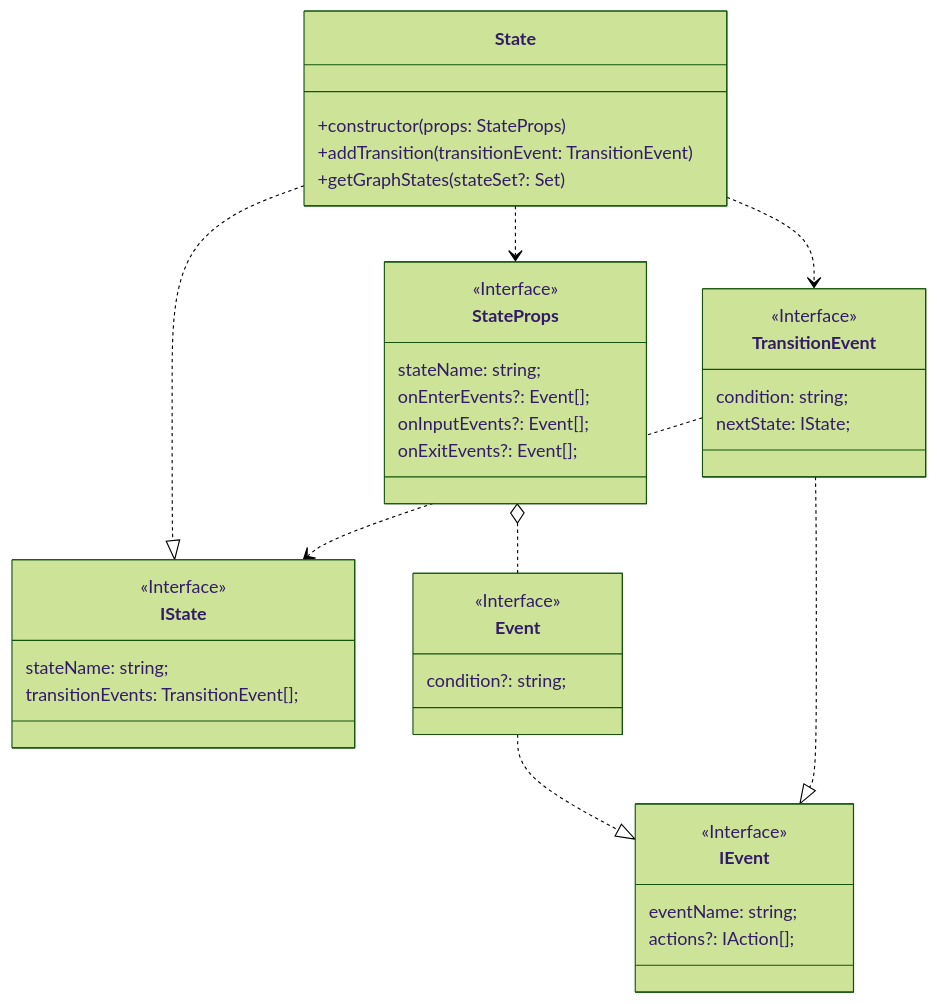
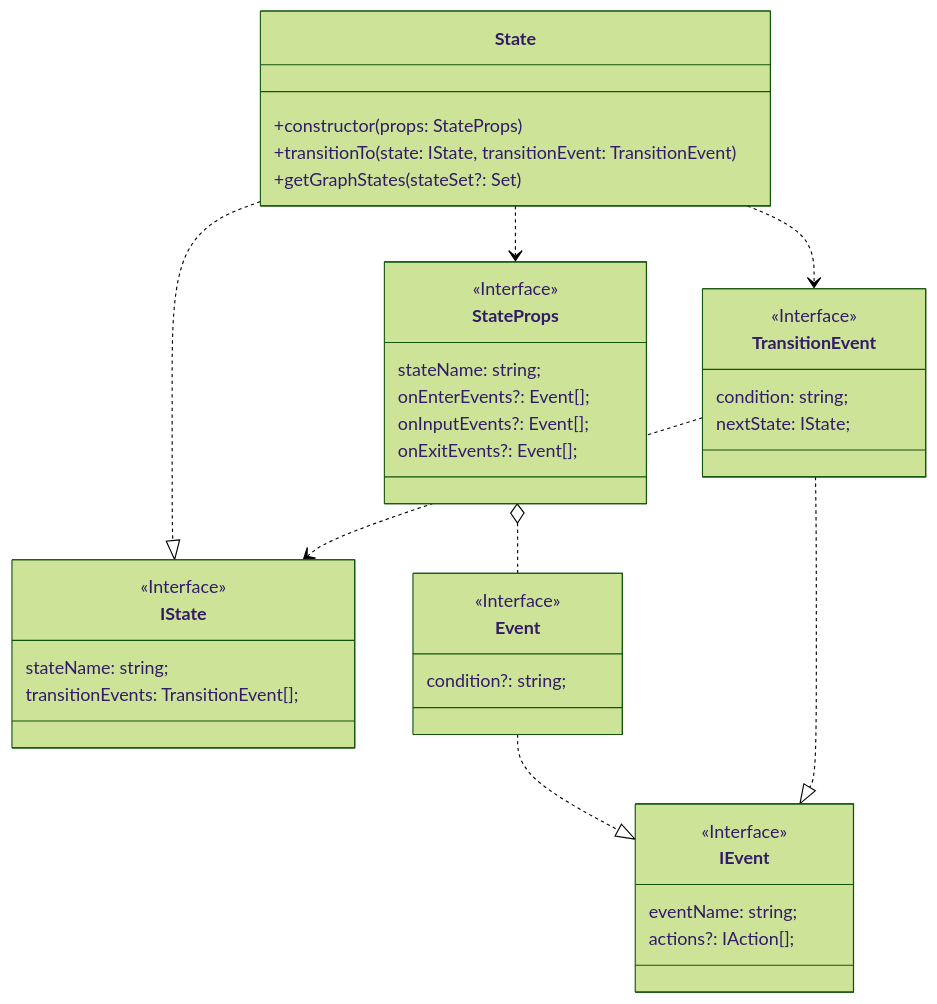
One commit to yamatatsu/zenn-contents changed the third of 3 diagrams in articles/2021-11-25-aws-cdk-iotevents-l2.md. Above: the diagram before and after it, drawn with Mermaid (forest theme). The commit also changed other lines of this file, not shown here.

````diff
--- a/articles/2021-11-25-aws-cdk-iotevents-l2.md
+++ b/articles/2021-11-25-aws-cdk-iotevents-l2.md
@@ -64,42 +64,42 @@
 ```mermaid
 classDiagram
   State ..> StateProps
   State ..> TransitionEvent
   State ..|> IState
   StateProps o.. Event
   TransitionEvent ..> IState
   Event ..|> IEvent
   TransitionEvent ..|> IEvent
 
   class State {
     +constructor(props: StateProps)
-    +addTransition(transitionEvent: TransitionEvent)
+    +transitionTo(state: IState, transitionEvent: TransitionEvent)
     +getGraphStates(stateSet?: Set<State>)
   }
   class StateProps {
     stateName: string;
     onEnterEvents?: Event[];
     onInputEvents?: Event[];
     onExitEvents?: Event[];
   }
   <<Interface>> StateProps
   class Event {
     condition?: string;
   }
   <<Interface>> Event
   class TransitionEvent {
     condition: string;
     nextState: IState;
   }
   <<Interface>> TransitionEvent
   class IState {
     stateName: string;
     transitionEvents: TransitionEvent[];
   }
   <<Interface>> IState
   class IEvent {
     eventName: string;
     actions?: IAction[];
   }
   <<Interface>> IEvent
 ```
````
